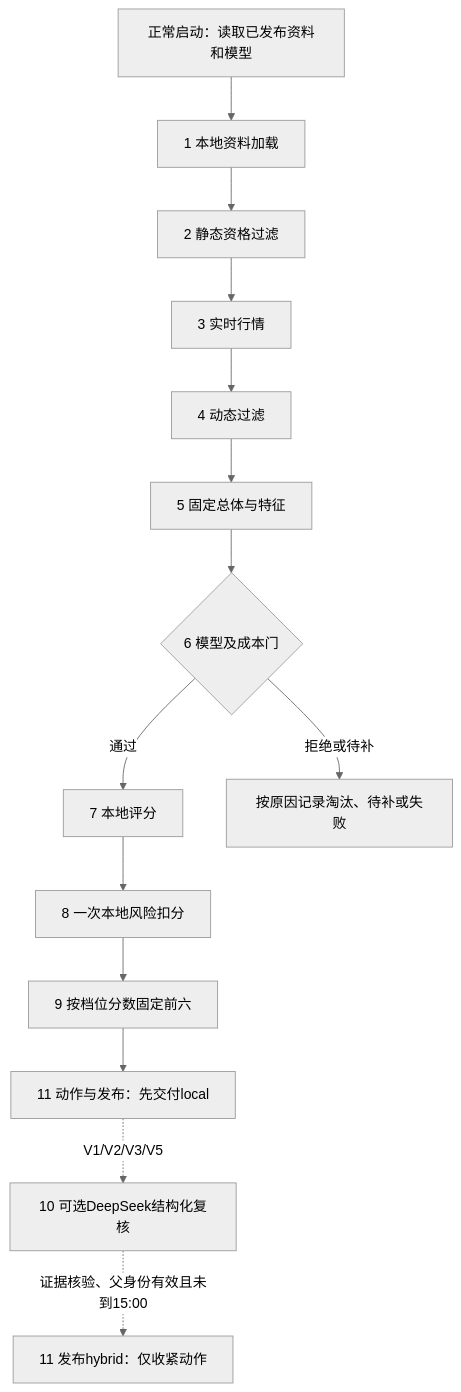
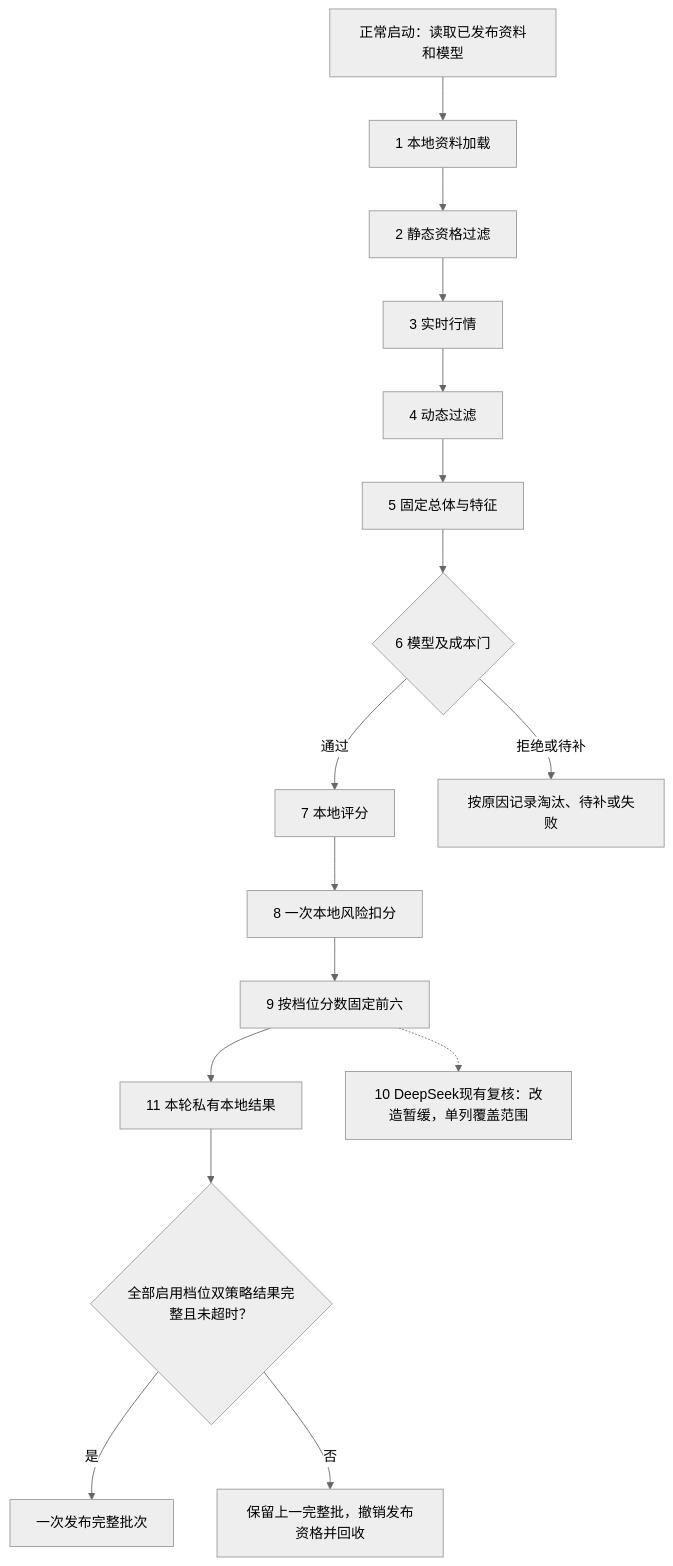
One commit to 373699756/trader changed the first of 2 diagrams in docs/1_评分逻辑.md. Above: the diagram before and after it, drawn with Mermaid (neutral theme). The commit also changed other lines of this file and 9 other files, not shown here.

````diff
--- a/docs/1_评分逻辑.md
+++ b/docs/1_评分逻辑.md
@@ -119,16 +121,18 @@
 ```mermaid
 flowchart TD
     Boot["正常启动：读取已发布资料和模型"] --> A["1 本地资料加载"]
     A --> B["2 静态资格过滤"]
     B --> C["3 实时行情"]
     C --> D["4 动态过滤"]
     D --> E["5 固定总体与特征"]
     E --> F{"6 模型及成本门"}
     F -->|通过| G["7 本地评分"]
     F -->|拒绝或待补| Reasons["按原因记录淘汰、待补或失败"]
     G --> H["8 一次本地风险扣分"]
     H --> I["9 按档位分数固定前六"]
-    I --> Publish["11 动作与发布：先交付local"]
-    Publish -.->|V1/V2/V3/V5| Review["10 可选DeepSeek结构化复核"]
-    Review -.->|"证据核验、父身份有效且未到15:00"| Hybrid["11 发布hybrid：仅收紧动作"]
+    I --> Decision["11 本轮私有本地结果"]
+    I -.-> Review["10 DeepSeek现有复核：改造暂缓，单列覆盖范围"]
+    Decision --> Complete{"全部启用档位双策略结果完整且未超时？"}
+    Complete -->|是| Publish["一次发布完整批次"]
+    Complete -->|否| Keep["保留上一完整批，撤销发布资格并回收"]
 ```
````
